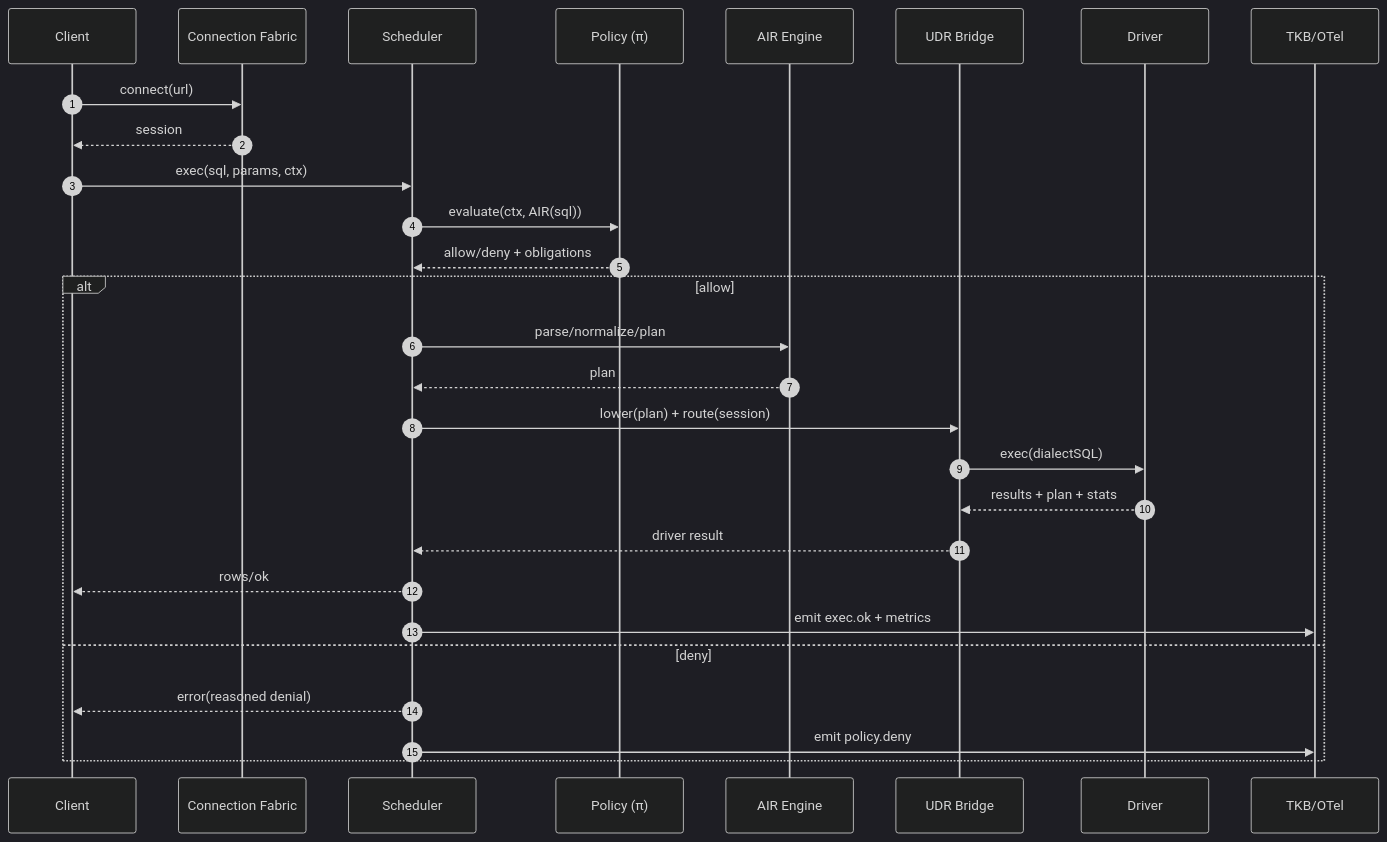
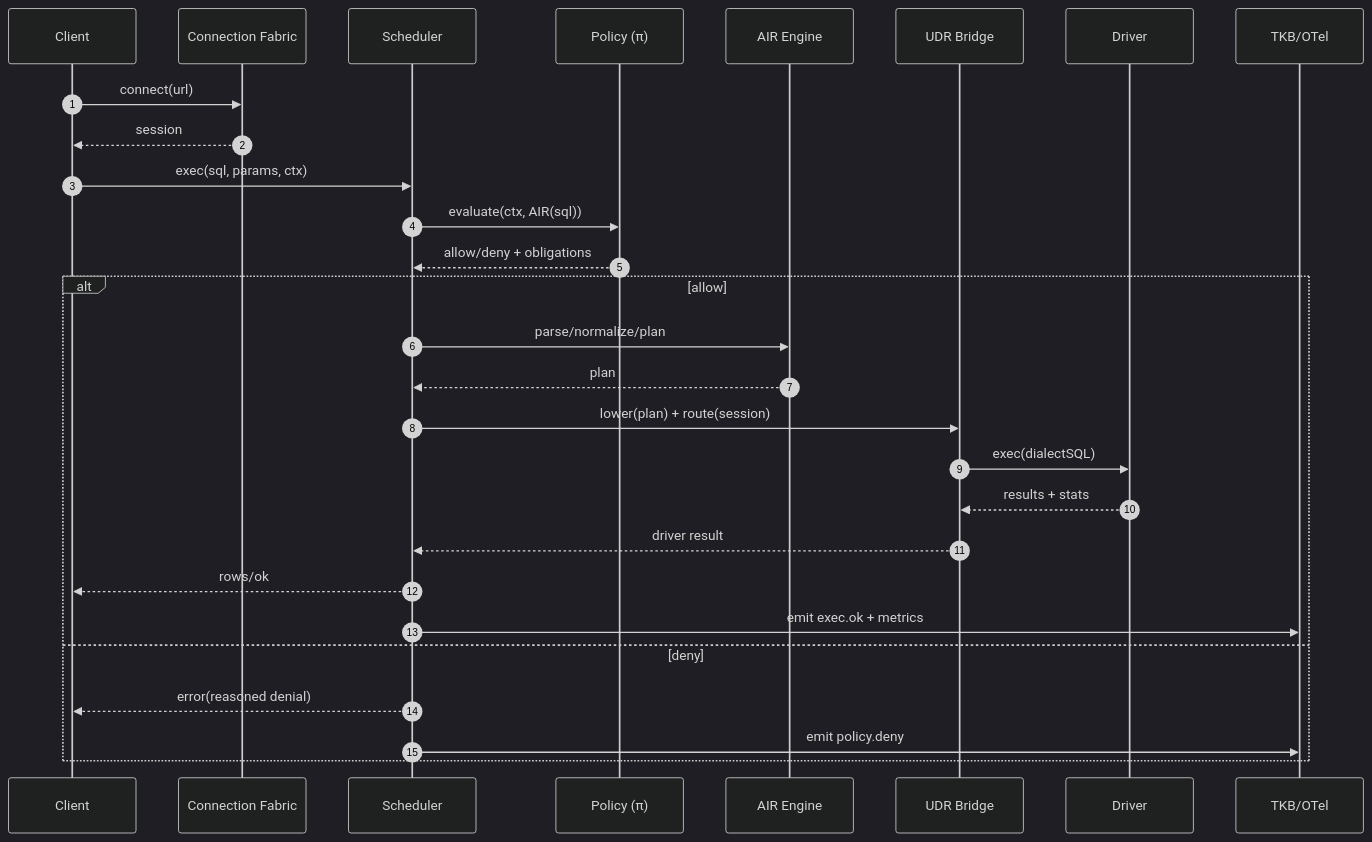
One commit to 8140spitt/NuBlox-SQLx-OS changed the second of 2 diagrams in docs/specs/kernel/SQLx-Kernel-Spec-v4.0.md. Above: the diagram before and after it, drawn with Mermaid (dark theme). The commit also changed other lines of this file and 23 other files, not shown here.

````diff
--- a/docs/specs/kernel/SQLx-Kernel-Spec-v4.0.md
+++ b/docs/specs/kernel/SQLx-Kernel-Spec-v4.0.md
@@ -259,31 +276,31 @@
 ```mermaid
 sequenceDiagram
     autonumber
     participant APP as Client
     participant KF as Connection Fabric
     participant SCH as Scheduler
     participant POL as Policy (π)
     participant AIR as AIR Engine
     participant UDR as UDR Bridge
     participant DRV as Driver
     participant OBS as TKB/OTel
 
     APP->>KF: connect(url)
     KF-->>APP: session
     APP->>SCH: exec(sql, params, ctx)
     SCH->>POL: evaluate(ctx, AIR(sql))
     POL-->>SCH: allow/deny + obligations
     alt allow
         SCH->>AIR: parse/normalize/plan
         AIR-->>SCH: plan
         SCH->>UDR: lower(plan) + route(session)
         UDR->>DRV: exec(dialectSQL)
-        DRV-->>UDR: results + plan + stats
+        DRV-->>UDR: results + stats
         UDR-->>SCH: driver result
         SCH-->>APP: rows/ok
         SCH->>OBS: emit exec.ok + metrics
     else deny
         SCH-->>APP: error(reasoned denial)
         SCH->>OBS: emit policy.deny
     end
 ```
````
